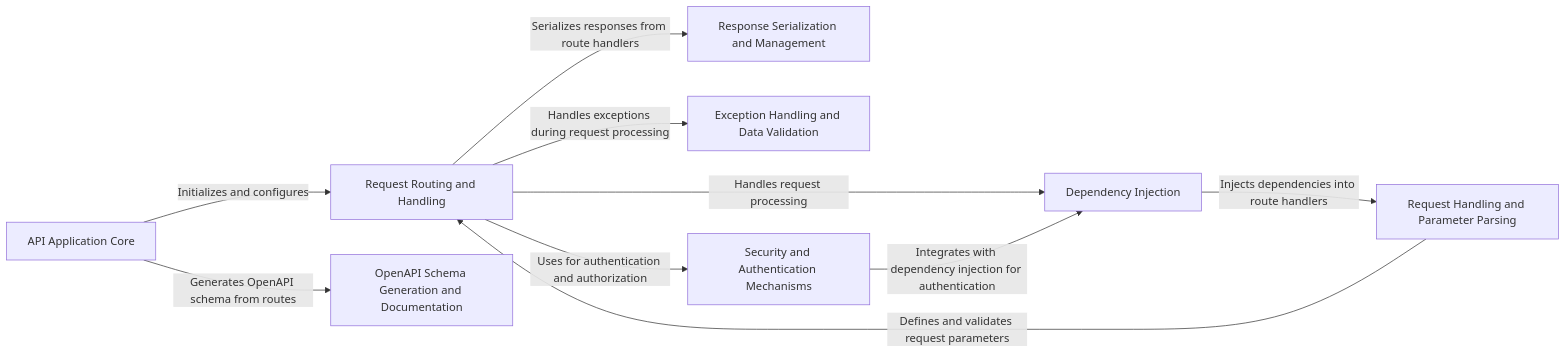
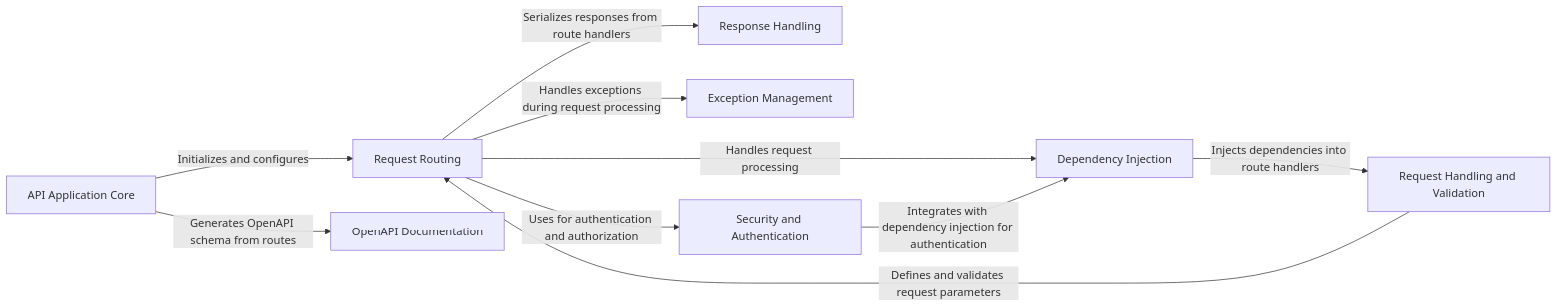
One commit to CodeBoarding/GeneratedOnBoardings changed the diagram in fastapi/on_boarding.md. Above: the diagram before and after it, drawn with Mermaid. The commit also changed other lines of this file and 14 other files, not shown here.

````diff
--- a/fastapi/on_boarding.md
+++ b/fastapi/on_boarding.md
@@ -1,28 +1,28 @@
 ```mermaid
 graph LR
     API_Application_Core["API Application Core"]
-    Request_Routing_and_Handling["Request Routing and Handling"]
+    Request_Routing["Request Routing"]
     Dependency_Injection["Dependency Injection"]
-    Request_Handling_and_Parameter_Parsing["Request Handling and Parameter Parsing"]
-    Response_Serialization_and_Management["Response Serialization and Management"]
-    Exception_Handling_and_Data_Validation["Exception Handling and Data Validation"]
-    OpenAPI_Schema_Generation_and_Documentation["OpenAPI Schema Generation and Documentation"]
-    Security_and_Authentication_Mechanisms["Security and Authentication Mechanisms"]
-    API_Application_Core -- "Initializes and configures" --> Request_Routing_and_Handling
-    Request_Routing_and_Handling -- "Handles request processing" --> Dependency_Injection
-    Dependency_Injection -- "Injects dependencies into route handlers" --> Request_Handling_and_Parameter_Parsing
-    Request_Handling_and_Parameter_Parsing -- "Defines and validates request parameters" --> Request_Routing_and_Handling
-    Request_Routing_and_Handling -- "Serializes responses from route handlers" --> Response_Serialization_and_Management
-    Request_Routing_and_Handling -- "Handles exceptions during request processing" --> Exception_Handling_and_Data_Validation
-    API_Application_Core -- "Generates OpenAPI schema from routes" --> OpenAPI_Schema_Generation_and_Documentation
-    Security_and_Authentication_Mechanisms -- "Integrates with dependency injection for authentication" --> Dependency_Injection
-    Request_Routing_and_Handling -- "Uses for authentication and authorization" --> Security_and_Authentication_Mechanisms
+    Request_Handling_and_Validation["Request Handling and Validation"]
+    Response_Handling["Response Handling"]
+    Exception_Management["Exception Management"]
+    Security_and_Authentication["Security and Authentication"]
+    OpenAPI_Documentation["OpenAPI Documentation"]
+    API_Application_Core -- "Initializes and configures" --> Request_Routing
+    Request_Routing -- "Handles request processing" --> Dependency_Injection
+    Dependency_Injection -- "Injects dependencies into route handlers" --> Request_Handling_and_Validation
+    Request_Handling_and_Validation -- "Defines and validates request parameters" --> Request_Routing
+    Request_Routing -- "Serializes responses from route handlers" --> Response_Handling
+    Request_Routing -- "Handles exceptions during request processing" --> Exception_Management
+    API_Application_Core -- "Generates OpenAPI schema from routes" --> OpenAPI_Documentation
+    Security_and_Authentication -- "Integrates with dependency injection for authentication" --> Dependency_Injection
+    Request_Routing -- "Uses for authentication and authorization" --> Security_and_Authentication
     click API_Application_Core href "https://github.com/CodeBoarding/GeneratedOnBoardings/blob/main/fastapi/API Application Core.md" "Details"
-    click Request_Routing_and_Handling href "https://github.com/CodeBoarding/GeneratedOnBoardings/blob/main/fastapi/Request Routing and Handling.md" "Details"
+    click Request_Routing href "https://github.com/CodeBoarding/GeneratedOnBoardings/blob/main/fastapi/Request Routing.md" "Details"
     click Dependency_Injection href "https://github.com/CodeBoarding/GeneratedOnBoardings/blob/main/fastapi/Dependency Injection.md" "Details"
-    click Request_Handling_and_Parameter_Parsing href "https://github.com/CodeBoarding/GeneratedOnBoardings/blob/main/fastapi/Request Handling and Parameter Parsing.md" "Details"
-    click Response_Serialization_and_Management href "https://github.com/CodeBoarding/GeneratedOnBoardings/blob/main/fastapi/Response Serialization and Management.md" "Details"
-    click Exception_Handling_and_Data_Validation href "https://github.com/CodeBoarding/GeneratedOnBoardings/blob/main/fastapi/Exception Handling and Data Validation.md" "Details"
-    click OpenAPI_Schema_Generation_and_Documentation href "https://github.com/CodeBoarding/GeneratedOnBoardings/blob/main/fastapi/OpenAPI Schema Generation and Documentation.md" "Details"
-    click Security_and_Authentication_Mechanisms href "https://github.com/CodeBoarding/GeneratedOnBoardings/blob/main/fastapi/Security and Authentication Mechanisms.md" "Details"
+    click Request_Handling_and_Validation href "https://github.com/CodeBoarding/GeneratedOnBoardings/blob/main/fastapi/Request Handling and Validation.md" "Details"
+    click Response_Handling href "https://github.com/CodeBoarding/GeneratedOnBoardings/blob/main/fastapi/Response Handling.md" "Details"
+    click Exception_Management href "https://github.com/CodeBoarding/GeneratedOnBoardings/blob/main/fastapi/Exception Management.md" "Details"
+    click Security_and_Authentication href "https://github.com/CodeBoarding/GeneratedOnBoardings/blob/main/fastapi/Security and Authentication.md" "Details"
+    click OpenAPI_Documentation href "https://github.com/CodeBoarding/GeneratedOnBoardings/blob/main/fastapi/OpenAPI Documentation.md" "Details"
 ```
````
